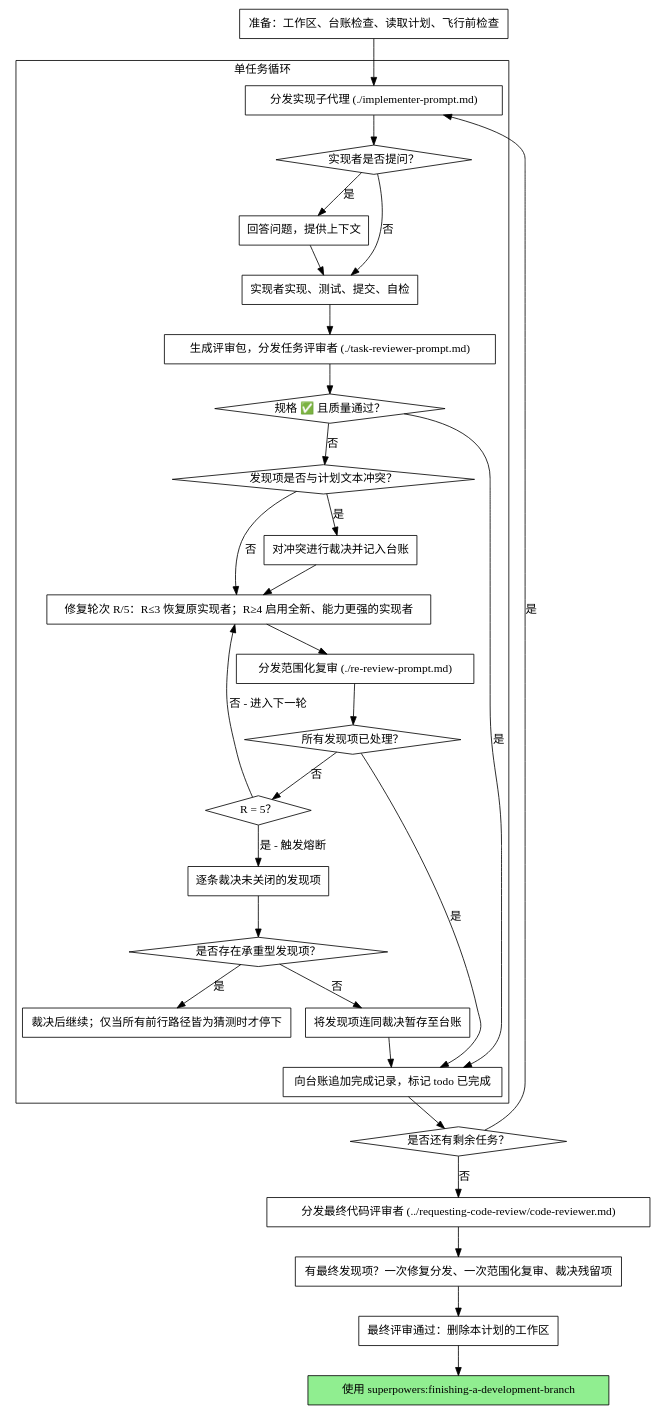
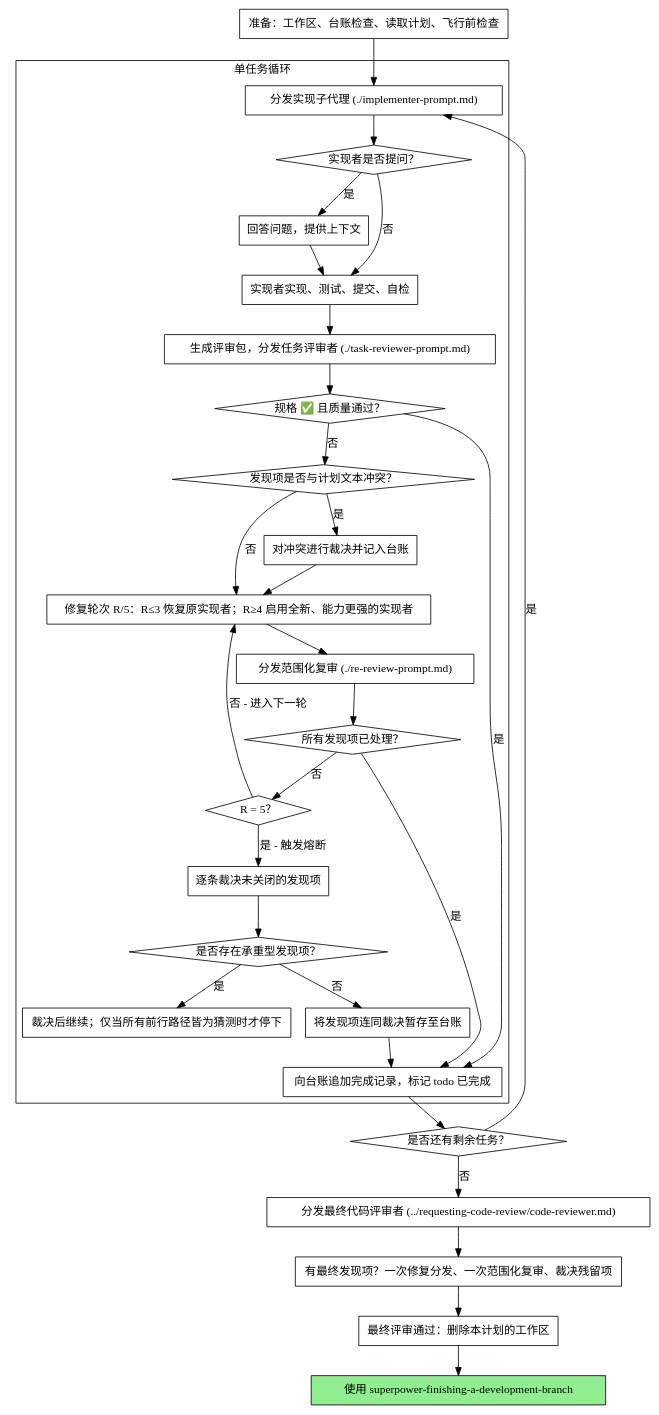
The second of 2 diagrams in skills/subagent-driven-development/SKILL.md (Wenaixi/dsh-superpower), drawn with Graphviz before and after one commit. The commit also changed other lines of this file and 13 other files, not shown here.

````diff
--- a/skills/subagent-driven-development/SKILL.md
+++ b/skills/subagent-driven-development/SKILL.md
@@ -50,62 +50,62 @@
 ```dot
 digraph process {
     rankdir=TB;
 
     subgraph cluster_per_task {
         label="单任务循环";
         "分发实现子代理 (./implementer-prompt.md)" [shape=box];
         "实现者是否提问？" [shape=diamond];
         "回答问题，提供上下文" [shape=box];
         "实现者实现、测试、提交、自检" [shape=box];
         "生成评审包，分发任务评审者 (./task-reviewer-prompt.md)" [shape=box];
         "规格 ✅ 且质量通过？" [shape=diamond];
         "发现项是否与计划文本冲突？" [shape=diamond];
         "对冲突进行裁决并记入台账" [shape=box];
         "修复轮次 R/5：R≤3 恢复原实现者；R≥4 启用全新、能力更强的实现者" [shape=box];
         "分发范围化复审 (./re-review-prompt.md)" [shape=box];
         "所有发现项已处理？" [shape=diamond];
         "R = 5？" [shape=diamond];
         "逐条裁决未关闭的发现项" [shape=box];
         "是否存在承重型发现项？" [shape=diamond];
         "裁决后继续；仅当所有前行路径皆为猜测时才停下" [shape=box];
         "将发现项连同裁决暂存至台账" [shape=box];
         "向台账追加完成记录，标记 todo 已完成" [shape=box];
     }
 
     "准备：工作区、台账检查、读取计划、飞行前检查" [shape=box];
     "是否还有剩余任务？" [shape=diamond];
     "分发最终代码评审者 (../requesting-code-review/code-reviewer.md)" [shape=box];
     "有最终发现项？一次修复分发、一次范围化复审、裁决残留项" [shape=box];
     "最终评审通过：删除本计划的工作区" [shape=box];
-    "使用 superpowers:finishing-a-development-branch" [shape=box style=filled fillcolor=lightgreen];
+    "使用 superpower-finishing-a-development-branch" [shape=box style=filled fillcolor=lightgreen];
 
     "准备：工作区、台账检查、读取计划、飞行前检查" -> "分发实现子代理 (./implementer-prompt.md)";
     "分发实现子代理 (./implementer-prompt.md)" -> "实现者是否提问？";
     "实现者是否提问？" -> "回答问题，提供上下文" [label="是"];
     "回答问题，提供上下文" -> "实现者实现、测试、提交、自检";
     "实现者是否提问？" -> "实现者实现、测试、提交、自检" [label="否"];
     "实现者实现、测试、提交、自检" -> "生成评审包，分发任务评审者 (./task-reviewer-prompt.md)";
     "生成评审包，分发任务评审者 (./task-reviewer-prompt.md)" -> "规格 ✅ 且质量通过？";
     "规格 ✅ 且质量通过？" -> "向台账追加完成记录，标记 todo 已完成" [label="是"];
     "规格 ✅ 且质量通过？" -> "发现项是否与计划文本冲突？" [label="否"];
     "发现项是否与计划文本冲突？" -> "对冲突进行裁决并记入台账" [label="是"];
     "对冲突进行裁决并记入台账" -> "修复轮次 R/5：R≤3 恢复原实现者；R≥4 启用全新、能力更强的实现者";
     "发现项是否与计划文本冲突？" -> "修复轮次 R/5：R≤3 恢复原实现者；R≥4 启用全新、能力更强的实现者" [label="否"];
     "修复轮次 R/5：R≤3 恢复原实现者；R≥4 启用全新、能力更强的实现者" -> "分发范围化复审 (./re-review-prompt.md)";
     "分发范围化复审 (./re-review-prompt.md)" -> "所有发现项已处理？";
     "所有发现项已处理？" -> "向台账追加完成记录，标记 todo 已完成" [label="是"];
     "所有发现项已处理？" -> "R = 5？" [label="否"];
     "R = 5？" -> "修复轮次 R/5：R≤3 恢复原实现者；R≥4 启用全新、能力更强的实现者" [label="否 - 进入下一轮"];
     "R = 5？" -> "逐条裁决未关闭的发现项" [label="是 - 触发熔断"];
     "逐条裁决未关闭的发现项" -> "是否存在承重型发现项？";
     "是否存在承重型发现项？" -> "裁决后继续；仅当所有前行路径皆为猜测时才停下" [label="是"];
     "是否存在承重型发现项？" -> "将发现项连同裁决暂存至台账" [label="否"];
     "将发现项连同裁决暂存至台账" -> "向台账追加完成记录，标记 todo 已完成";
     "向台账追加完成记录，标记 todo 已完成" -> "是否还有剩余任务？";
     "是否还有剩余任务？" -> "分发实现子代理 (./implementer-prompt.md)" [label="是"];
     "是否还有剩余任务？" -> "分发最终代码评审者 (../requesting-code-review/code-reviewer.md)" [label="否"];
     "分发最终代码评审者 (../requesting-code-review/code-reviewer.md)" -> "有最终发现项？一次修复分发、一次范围化复审、裁决残留项";
     "有最终发现项？一次修复分发、一次范围化复审、裁决残留项" -> "最终评审通过：删除本计划的工作区";
-    "最终评审通过：删除本计划的工作区" -> "使用 superpowers:finishing-a-development-branch";
+    "最终评审通过：删除本计划的工作区" -> "使用 superpower-finishing-a-development-branch";
 }
 ```
````
